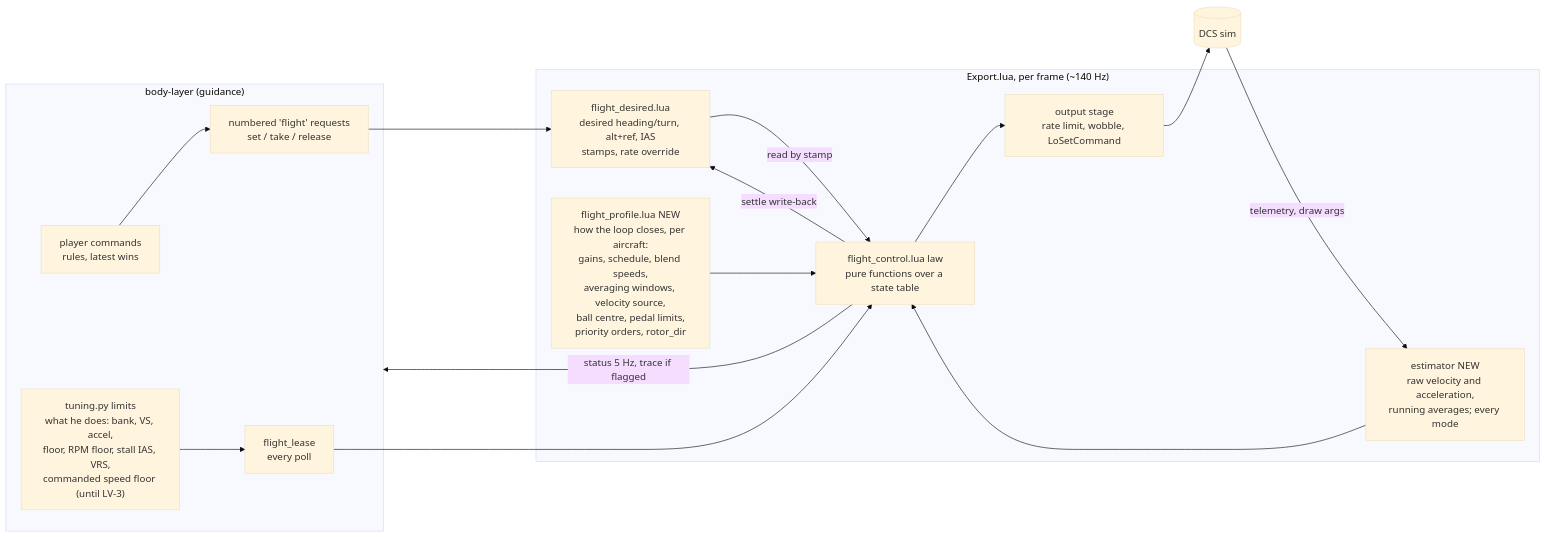
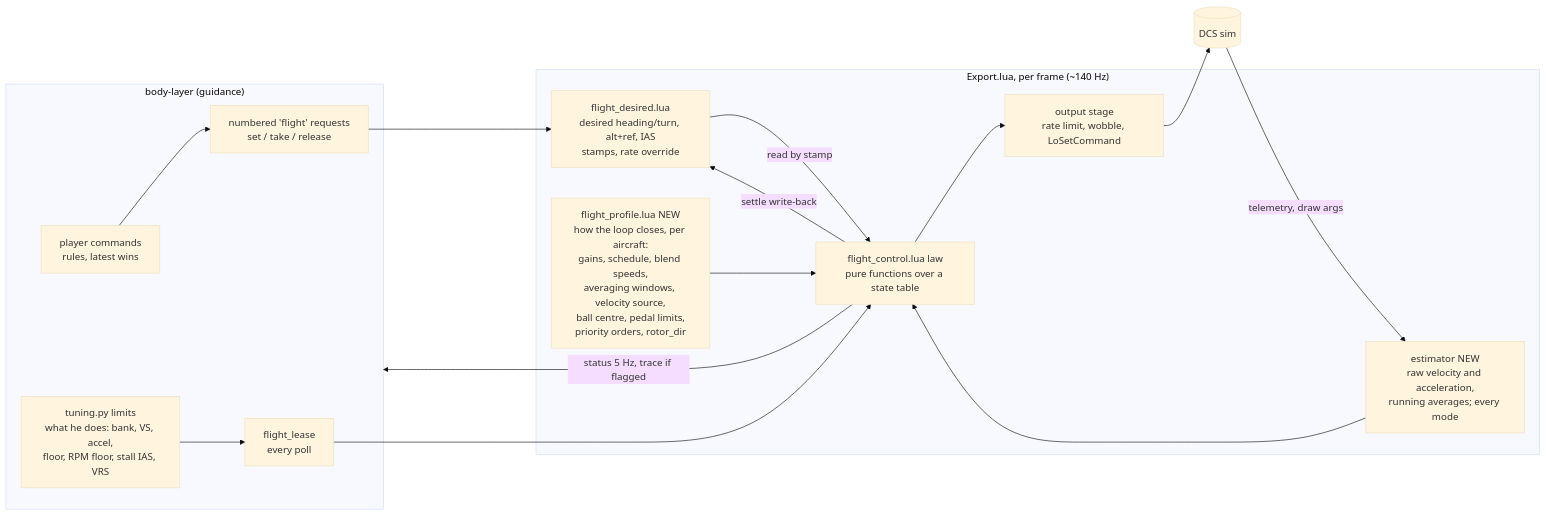
Before and after one commit to lightlyfallingrain/DCS-petrobrain: the first of 6 diagrams in plans/flight-lift-vector/plan.md, drawn with Mermaid (base theme). The commit also changed other lines of this file, not shown here.

First line of the commit message:
Lift-vector plan: carry U8's "no floor" through the whole document

````diff
--- a/plans/flight-lift-vector/plan.md
+++ b/plans/flight-lift-vector/plan.md
@@ -148,22 +160,22 @@
 ```mermaid
 flowchart LR
   subgraph BL["body-layer (guidance)"]
     CMD["player commands<br/>rules, latest wins"] --> REQ["numbered 'flight' requests<br/>set / take / release"]
-    TUN["tuning.py limits<br/>what he does: bank, VS, accel,<br/>floor, RPM floor, stall IAS, VRS,<br/>commanded speed floor (until LV-3)"] --> LEASE["flight_lease<br/>every poll"]
+    TUN["tuning.py limits<br/>what he does: bank, VS, accel,<br/>floor, RPM floor, stall IAS, VRS"] --> LEASE["flight_lease<br/>every poll"]
   end
   subgraph LUA["Export.lua, per frame (~140 Hz)"]
     FD["flight_desired.lua<br/>desired heading/turn, alt+ref, IAS<br/>stamps, rate override"]
     PROF["flight_profile.lua NEW<br/>how the loop closes, per aircraft:<br/>gains, schedule, blend speeds,<br/>averaging windows, velocity source,<br/>ball centre, pedal limits,<br/>priority orders, rotor_dir"]
     EST["estimator NEW<br/>raw velocity and acceleration,<br/>running averages; every mode"]
     LAW["flight_control.lua law<br/>pure functions over a state table"]
     OUT["output stage<br/>rate limit, wobble, LoSetCommand"]
   end
   DCS[("DCS sim")]
   REQ --> FD
   LEASE --> LAW
   FD -- "read by stamp" --> LAW
   PROF --> LAW
   DCS -- "telemetry, draw args" --> EST --> LAW --> OUT --> DCS
   LAW -- "settle write-back" --> FD
   LAW -- "status 5 Hz, trace if flagged" --> BL
 ```
````
